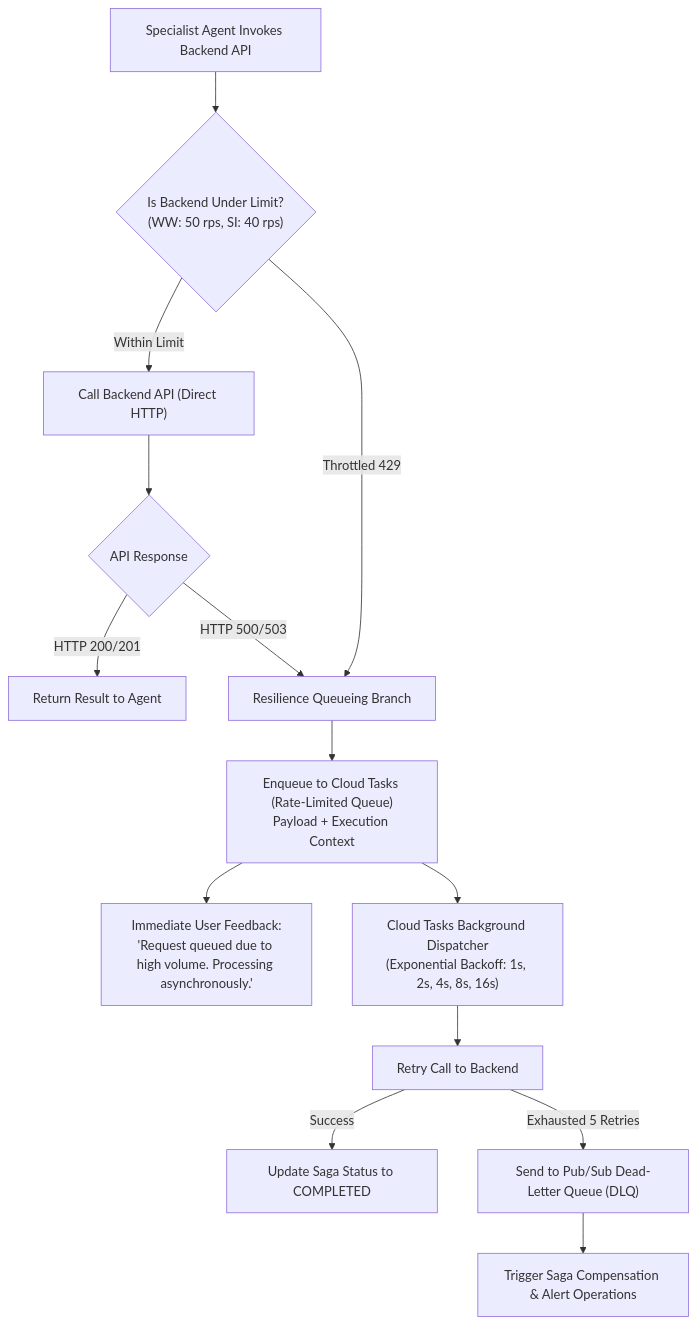
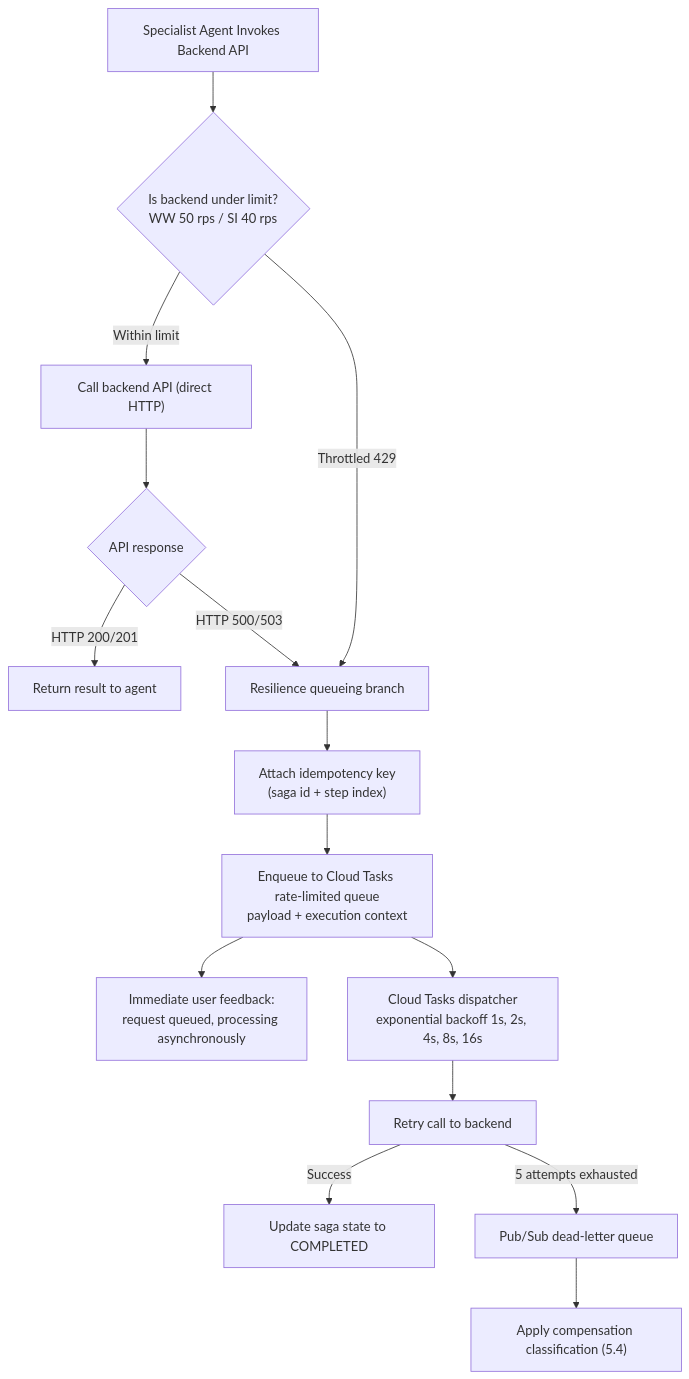
Diagram 13 of 19 in Enterprise Agentic Solution Design Document - MVP 1.md (randyh0329/PRJ-ELEVATE-C1-G5), drawn with Mermaid before and after one commit. The commit also changed other lines of this file, not shown here.

````diff
--- a/Enterprise Agentic Solution Design Document - MVP 1.md
+++ b/Enterprise Agentic Solution Design Document - MVP 1.md
@@ -505,22 +1142,23 @@
 ```mermaid
 flowchart TD
-    Req["Specialist Agent Invokes Backend API"] --> RateCheck{"Is Backend Under Limit?<br>(WW: 50 rps, SI: 40 rps)"}
-    
-    RateCheck -->|Within Limit| DirectCall["Call Backend API (Direct HTTP)"]
-    DirectCall --> Resp{"API Response"}
-    
-    Resp -->|HTTP 200/201| ReturnSuccess["Return Result to Agent"]
-    
-    RateCheck -->|Throttled 429| QueueBranch["Resilience Queueing Branch"]
+    Req["Specialist Agent Invokes Backend API"] --> RateCheck{"Is backend under limit?<br>WW 50 rps / SI 40 rps"}
+
+    RateCheck -->|Within limit| DirectCall["Call backend API (direct HTTP)"]
+    DirectCall --> Resp{"API response"}
+
+    Resp -->|HTTP 200/201| ReturnSuccess["Return result to agent"]
+
+    RateCheck -->|Throttled 429| QueueBranch["Resilience queueing branch"]
     Resp -->|HTTP 500/503| QueueBranch
-    
-    QueueBranch --> Enqueue["Enqueue to Cloud Tasks (Rate-Limited Queue)<br>Payload + Execution Context"]
-    Enqueue --> AckUser["Immediate User Feedback:<br>'Request queued due to high volume. Processing asynchronously.'"]
-    
-    Enqueue --> TaskWorker["Cloud Tasks Background Dispatcher<br>(Exponential Backoff: 1s, 2s, 4s, 8s, 16s)"]
-    TaskWorker --> RetryCall["Retry Call to Backend"]
-    
-    RetryCall -->|Success| CompleteSaga["Update Saga Status to COMPLETED"]
-    RetryCall -->|Exhausted 5 Retries| DLQ["Send to Pub/Sub Dead-Letter Queue (DLQ)"]
-    DLQ --> Compensate["Trigger Saga Compensation & Alert Operations"]
+
+    QueueBranch --> Idem["Attach idempotency key<br>(saga id + step index)"]
+    Idem --> Enqueue["Enqueue to Cloud Tasks rate-limited queue<br>payload + execution context"]
+    Enqueue --> AckUser["Immediate user feedback:<br>request queued, processing asynchronously"]
+
+    Enqueue --> TaskWorker["Cloud Tasks dispatcher<br>exponential backoff 1s, 2s, 4s, 8s, 16s"]
+    TaskWorker --> RetryCall["Retry call to backend"]
+
+    RetryCall -->|Success| CompleteSaga["Update saga state to COMPLETED"]
+    RetryCall -->|5 attempts exhausted| DLQ["Pub/Sub dead-letter queue"]
+    DLQ --> Classify["Apply compensation classification (5.4)"]
 ```
````
